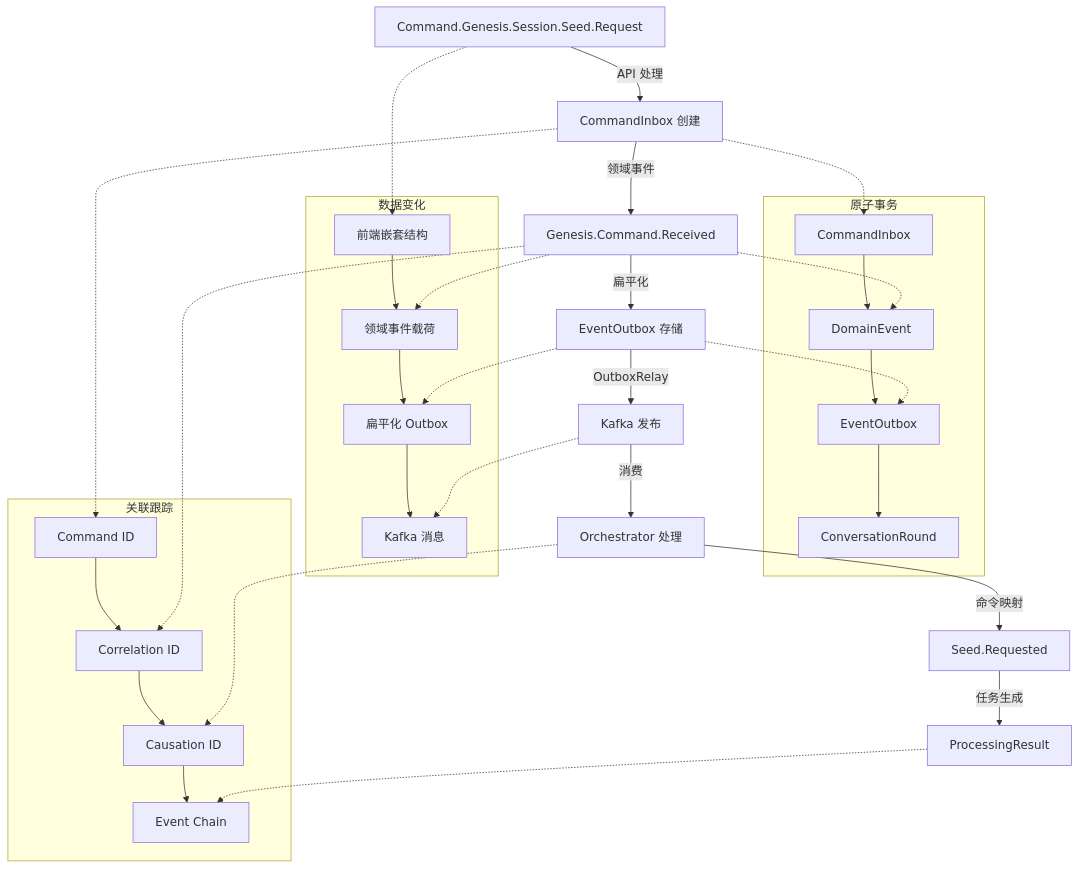
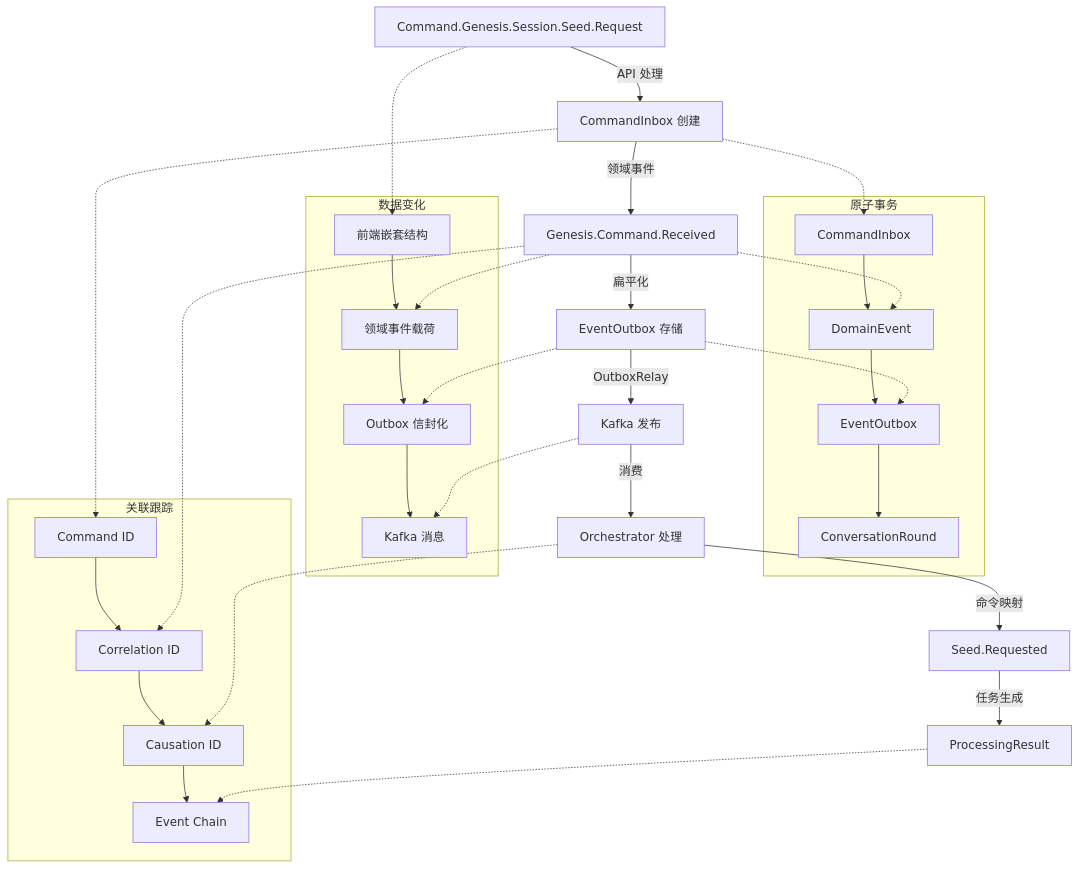
One commit to zhiyue/infinite-scribe changed the seventh of 8 diagrams in docs/orchestrator-event-structures.md. Above: the diagram before and after it, drawn with Mermaid. The commit also changed other lines of this file and 8 other files, not shown here.

````diff
--- a/docs/orchestrator-event-structures.md
+++ b/docs/orchestrator-event-structures.md
@@ -659,42 +678,42 @@
 ```mermaid
 graph TD
     A[Command.Genesis.Session.Seed.Request] -->|API 处理| B[CommandInbox 创建]
     B -->|领域事件| C[Genesis.Command.Received]
     C -->|扁平化| D[EventOutbox 存储]
     D -->|OutboxRelay| E[Kafka 发布]
     E -->|消费| F[Orchestrator 处理]
     F -->|命令映射| G[Seed.Requested]
     G -->|任务生成| H[ProcessingResult]
 
     subgraph "原子事务"
         I[CommandInbox] --> J[DomainEvent]
         J --> K[EventOutbox]
         K --> L[ConversationRound]
     end
 
     subgraph "数据变化"
         M[前端嵌套结构] --> N[领域事件载荷]
-        N --> O[扁平化 Outbox]
+        N --> O[Outbox 信封化]
         O --> P[Kafka 消息]
     end
 
     subgraph "关联跟踪"
         Q[Command ID] --> R[Correlation ID]
         R --> S[Causation ID]
         S --> T[Event Chain]
     end
 
     B -.-> I
     C -.-> J
     D -.-> K
 
     A -.-> M
     C -.-> N
     D -.-> O
     E -.-> P
 
     B -.-> Q
     C -.-> R
     F -.-> S
     H -.-> T
 ```
````
